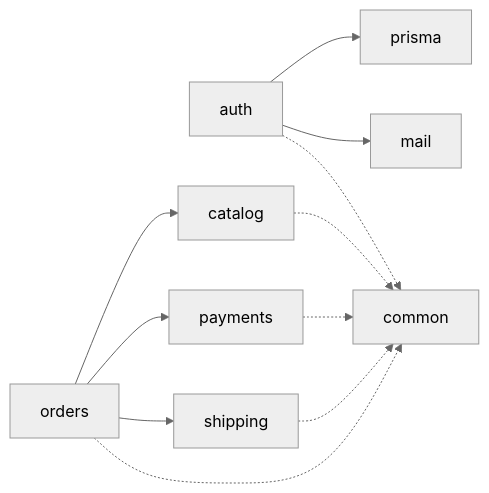
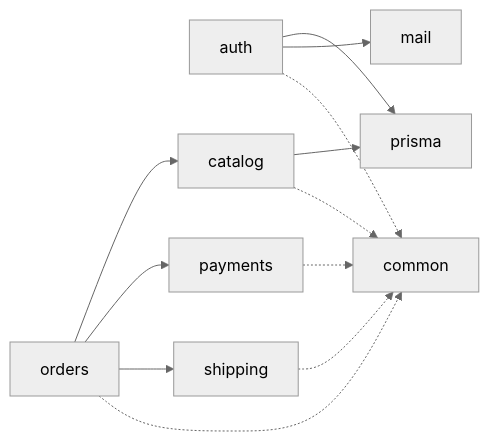
One commit to ArtRiv/commerce-core changed the diagram in docs/architecture/modules.md. Above: the diagram before and after it, drawn with Mermaid (neutral theme). The commit also changed other lines of this file and 2 other files, not shown here.

First line of the commit message:
docs: mark catalog delivered, close the RBAC criterion in auth

````diff
--- a/docs/architecture/modules.md
+++ b/docs/architecture/modules.md
@@ -12,24 +12,25 @@
 ```mermaid
 flowchart LR
     auth["auth"]
     catalog["catalog"]
     orders["orders"]
     payments["payments"]
     shipping["shipping"]
     common["common"]
     prisma["prisma"]
     mail["mail"]
 
     orders --> catalog
     orders --> payments
     orders --> shipping
 
     auth --> prisma
     auth --> mail
+    catalog --> prisma
 
     auth -.-> common
     catalog -.-> common
     orders -.-> common
     payments -.-> common
     shipping -.-> common
 ```
````
